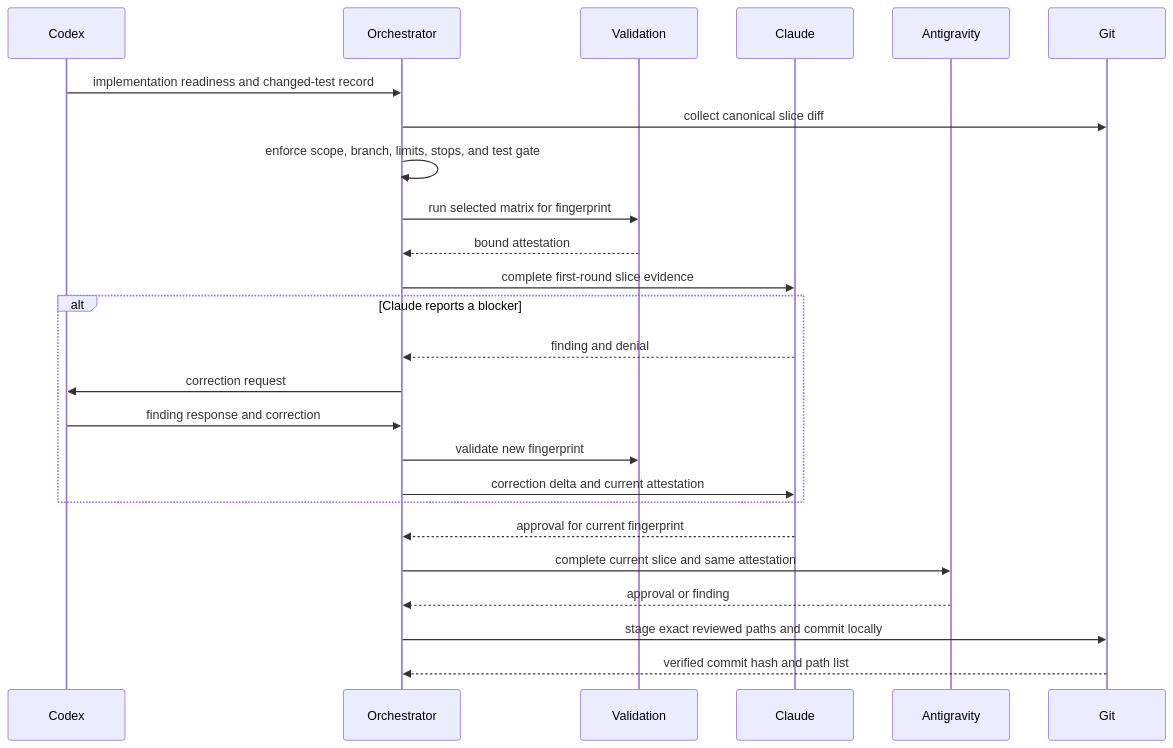
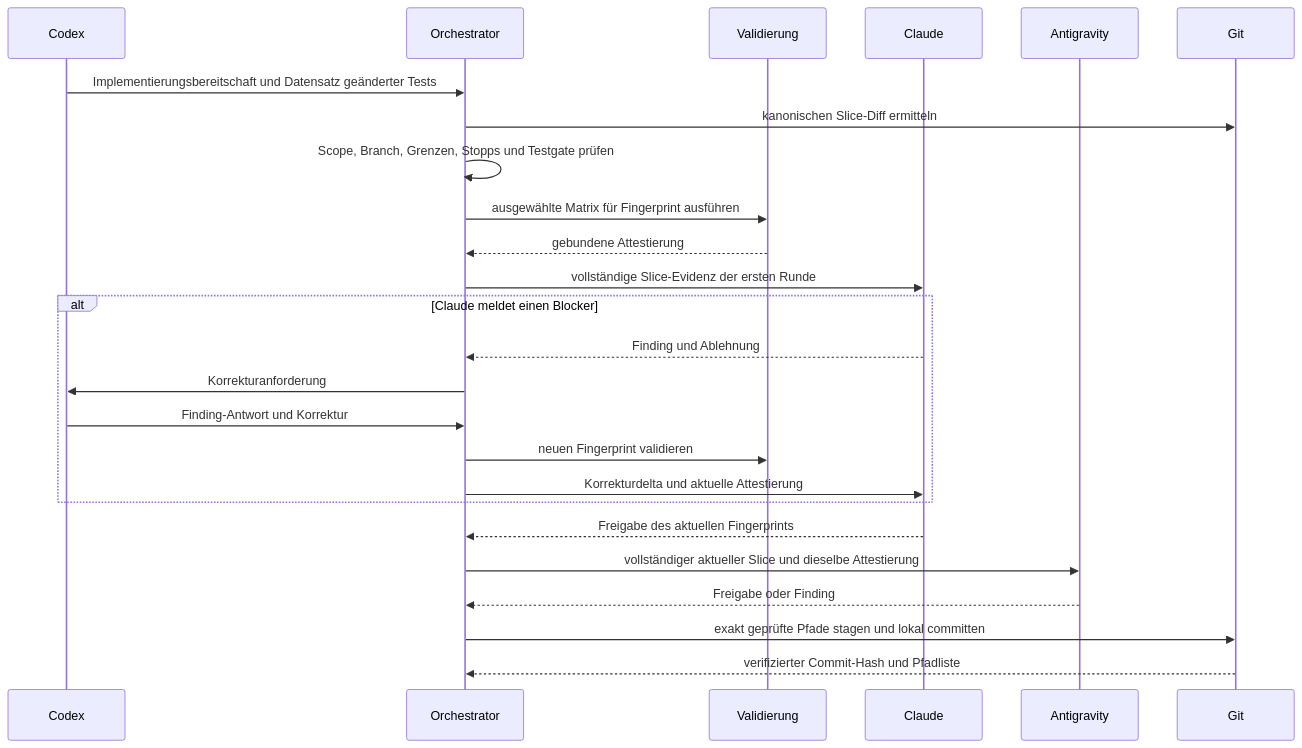
One commit to dieteresser62-lab/Dual-Agent-Orchestrator changed the second of 2 diagrams in docs/reference/architecture-and-domain-concept.md. Above: the diagram before and after it, drawn with Mermaid. The commit also changed other lines of this file and 6 other files, not shown here.

````diff
--- a/docs/reference/architecture-and-domain-concept.md
+++ b/docs/reference/architecture-and-domain-concept.md
@@ -171,28 +171,28 @@
 ```mermaid
 sequenceDiagram
     participant C as Codex
     participant O as Orchestrator
-    participant V as Validation
+    participant V as Validierung
     participant CL as Claude
     participant A as Antigravity
     participant G as Git
 
-    C->>O: implementation readiness and changed-test record
-    O->>G: collect canonical slice diff
-    O->>O: enforce scope, branch, limits, stops, and test gate
-    O->>V: run selected matrix for fingerprint
-    V-->>O: bound attestation
-    O->>CL: complete first-round slice evidence
-    alt Claude reports a blocker
-        CL-->>O: finding and denial
-        O->>C: correction request
-        C->>O: finding response and correction
-        O->>V: validate new fingerprint
-        O->>CL: correction delta and current attestation
+    C->>O: Implementierungsbereitschaft und Datensatz geänderter Tests
+    O->>G: kanonischen Slice-Diff ermitteln
+    O->>O: Scope, Branch, Grenzen, Stopps und Testgate prüfen
+    O->>V: ausgewählte Matrix für Fingerprint ausführen
+    V-->>O: gebundene Attestierung
+    O->>CL: vollständige Slice-Evidenz der ersten Runde
+    alt Claude meldet einen Blocker
+        CL-->>O: Finding und Ablehnung
+        O->>C: Korrekturanforderung
+        C->>O: Finding-Antwort und Korrektur
+        O->>V: neuen Fingerprint validieren
+        O->>CL: Korrekturdelta und aktuelle Attestierung
     end
-    CL-->>O: approval for current fingerprint
-    O->>A: complete current slice and same attestation
-    A-->>O: approval or finding
-    O->>G: stage exact reviewed paths and commit locally
-    G-->>O: verified commit hash and path list
+    CL-->>O: Freigabe des aktuellen Fingerprints
+    O->>A: vollständiger aktueller Slice und dieselbe Attestierung
+    A-->>O: Freigabe oder Finding
+    O->>G: exakt geprüfte Pfade stagen und lokal committen
+    G-->>O: verifizierter Commit-Hash und Pfadliste
 ```
````
